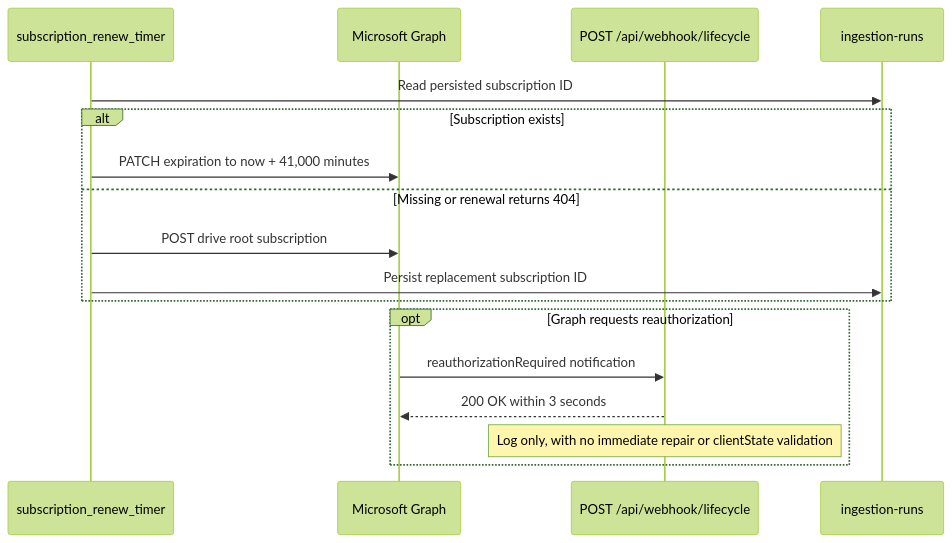
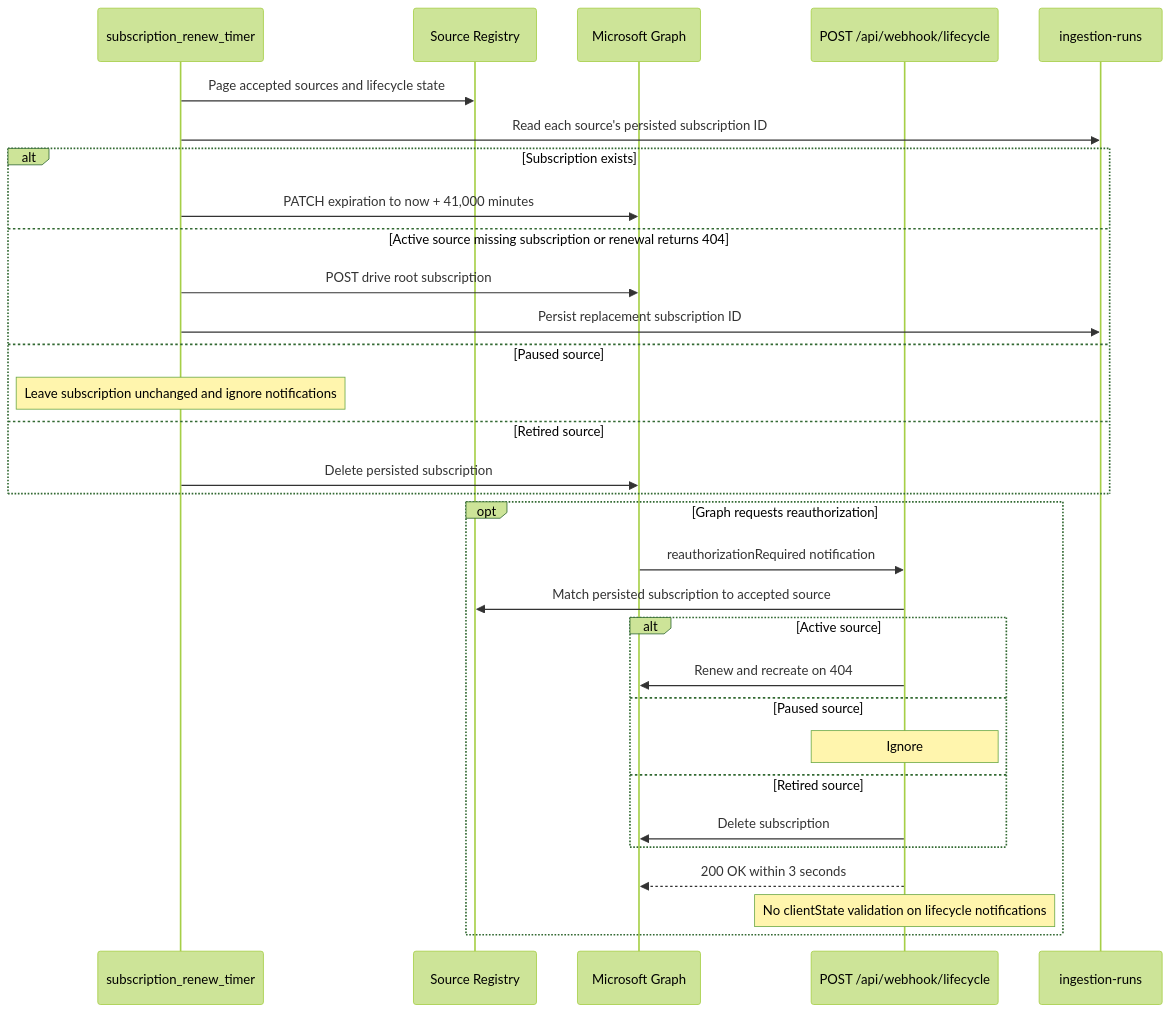
The eighth of 14 diagrams in docs/ARCHITECTURE.md (HariVamsiChittari1/enterprise-rag-pipeline), drawn with Mermaid (forest theme) before and after one commit. The commit also changed other lines of this file and 7 other files, not shown here.

````diff
--- a/docs/ARCHITECTURE.md
+++ b/docs/ARCHITECTURE.md
@@ -346,20 +429,34 @@
 ```mermaid
 sequenceDiagram
     participant Timer as subscription_renew_timer
+    participant Registry as Source Registry
     participant Graph as Microsoft Graph
     participant Hook as POST /api/webhook/lifecycle
     participant Cosmos as ingestion-runs
 
-    Timer->>Cosmos: Read persisted subscription ID
+    Timer->>Registry: Page accepted sources and lifecycle state
+    Timer->>Cosmos: Read each source's persisted subscription ID
     alt Subscription exists
         Timer->>Graph: PATCH expiration to now + 41,000 minutes
-    else Missing or renewal returns 404
+    else Active source missing subscription or renewal returns 404
         Timer->>Graph: POST drive root subscription
         Timer->>Cosmos: Persist replacement subscription ID
+    else Paused source
+        Note over Timer: Leave subscription unchanged and ignore notifications
+    else Retired source
+        Timer->>Graph: Delete persisted subscription
     end
     opt Graph requests reauthorization
         Graph->>Hook: reauthorizationRequired notification
+        Hook->>Registry: Match persisted subscription to accepted source
+        alt Active source
+            Hook->>Graph: Renew and recreate on 404
+        else Paused source
+            Note over Hook: Ignore
+        else Retired source
+            Hook->>Graph: Delete subscription
+        end
         Hook-->>Graph: 200 OK within 3 seconds
-        Note over Hook: Log only, with no immediate repair or clientState validation
+        Note over Hook: No clientState validation on lifecycle notifications
     end
 ```
````
